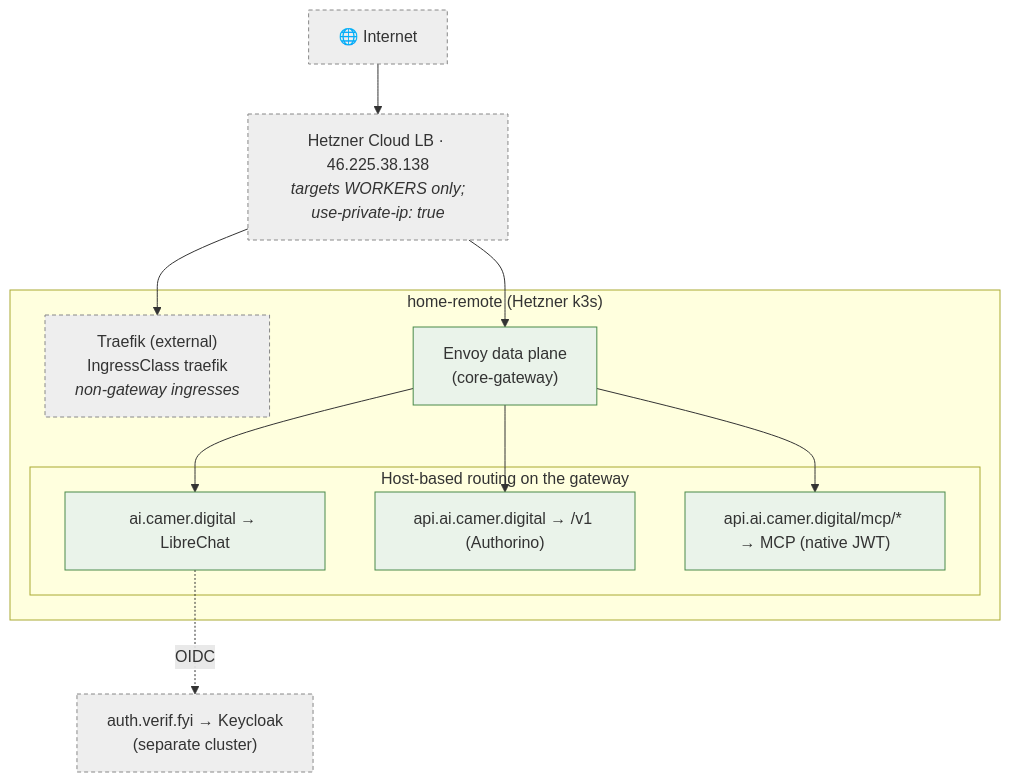
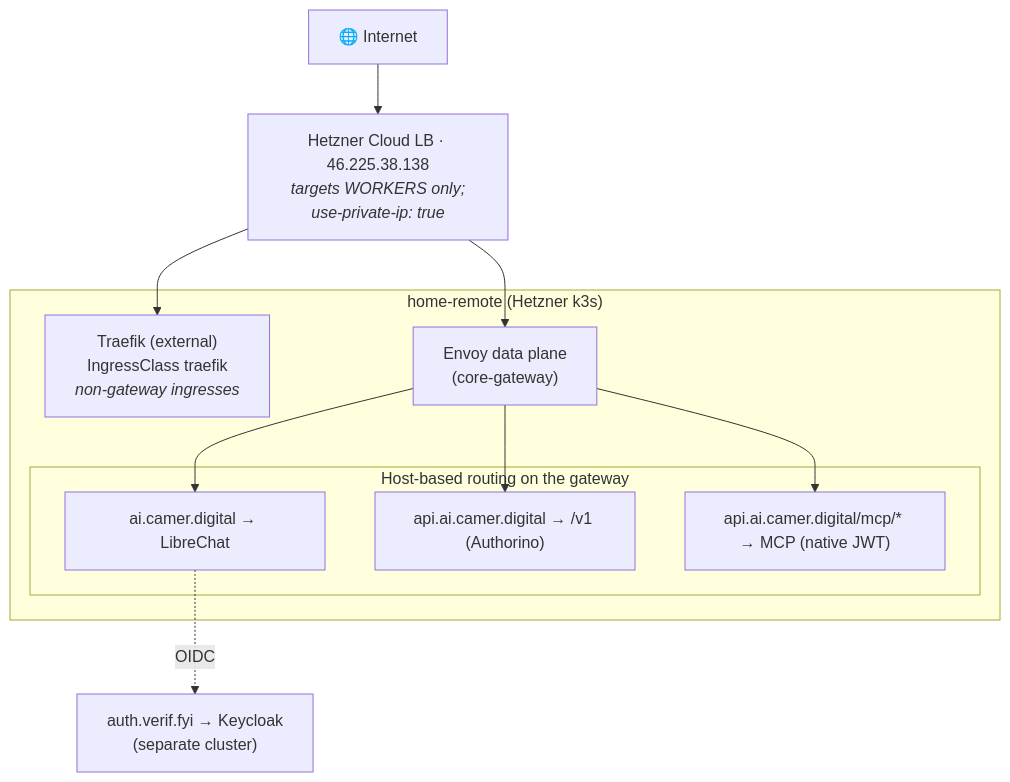
One commit to ADORSYS-GIS/ai-helm changed the first of 6 diagrams in docs/architecture/06-networking-tls.md. Above: the diagram before and after it, drawn with Mermaid. The commit also changed other lines of this file and 13 other files, not shown here.

First line of the commit message:
docs(architecture): uncolor all mermaid; refresh CD/components; add diagrams

````diff
--- a/docs/architecture/06-networking-tls.md
+++ b/docs/architecture/06-networking-tls.md
@@ -10,27 +10,25 @@
 ```mermaid
 flowchart TB
-    NET["🌐 Internet"]:::ext
-    LB["Hetzner Cloud LB · 46.225.38.138<br/><i>targets WORKERS only;<br/>use-private-ip: true</i>"]:::ext
+    NET["🌐 Internet"]
+    LB["Hetzner Cloud LB · 46.225.38.138<br/><i>targets WORKERS only;<br/>use-private-ip: true</i>"]
 
     subgraph cluster["home-remote (Hetzner k3s)"]
-        TRAEFIK["Traefik (external)<br/>IngressClass traefik<br/><i>non-gateway ingresses</i>"]:::ext
-        EGW["Envoy data plane<br/>(core-gateway)"]:::own
+        TRAEFIK["Traefik (external)<br/>IngressClass traefik<br/><i>non-gateway ingresses</i>"]
+        EGW["Envoy data plane<br/>(core-gateway)"]
 
         subgraph hosts["Host-based routing on the gateway"]
-            H1["ai.camer.digital → LibreChat"]:::own
-            H2["api.ai.camer.digital → /v1 (Authorino)"]:::own
-            H3["api.ai.camer.digital/mcp/* → MCP (native JWT)"]:::own
+            H1["ai.camer.digital → LibreChat"]
+            H2["api.ai.camer.digital → /v1 (Authorino)"]
+            H3["api.ai.camer.digital/mcp/* → MCP (native JWT)"]
         end
     end
 
-    KC["auth.verif.fyi → Keycloak<br/>(separate cluster)"]:::ext
+    KC["auth.verif.fyi → Keycloak<br/>(separate cluster)"]
 
     NET --> LB
     LB --> TRAEFIK
     LB --> EGW
     EGW --> H1 & H2 & H3
     H1 -.OIDC.-> KC
 
-    classDef own fill:#eaf3ea,stroke:#4a8a4a;
-    classDef ext fill:#eee,stroke:#888,stroke-dasharray:4 3;
 ```
````
